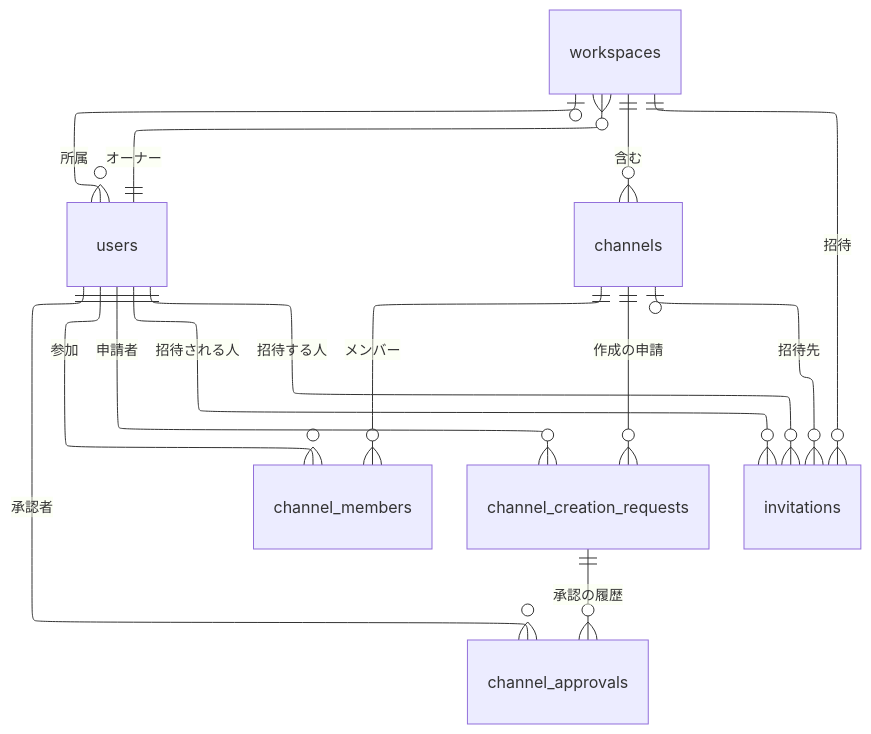
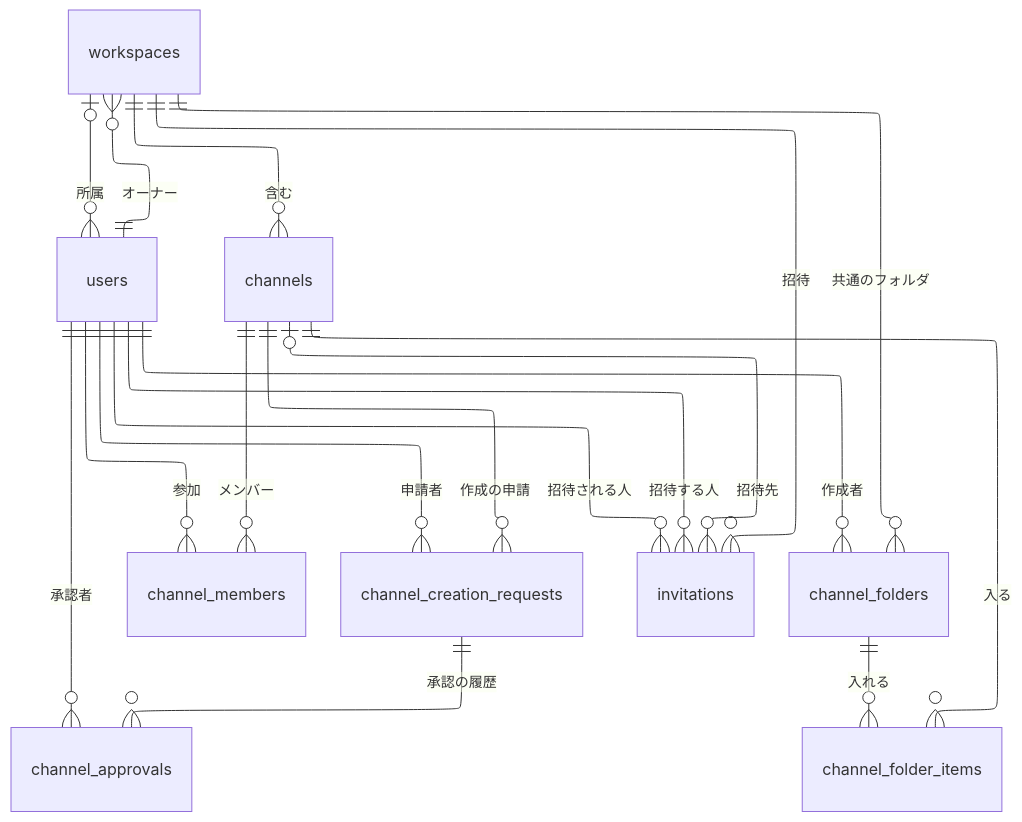
Before and after one commit to yamamotonaoki3/internal-system: the second of 8 diagrams in docs/requirements/data-model.md, drawn with Mermaid. The commit also changed other lines of this file and 9 other files, not shown here.

````diff
--- a/docs/requirements/data-model.md
+++ b/docs/requirements/data-model.md
@@ -49,20 +49,24 @@
 ```mermaid
 ---
 config:
   layout: elk
 ---
 erDiagram
     users ||--o{ workspaces : "オーナー"
     workspaces |o--o{ users : "所属"
     workspaces ||--o{ channels : "含む"
     channels ||--o{ channel_members : "メンバー"
     users ||--o{ channel_members : "参加"
     channels ||--o{ channel_creation_requests : "作成の申請"
     channel_creation_requests ||--o{ channel_approvals : "承認の履歴"
     users ||--o{ channel_creation_requests : "申請者"
     users ||--o{ channel_approvals : "承認者"
     workspaces ||--o{ invitations : "招待"
     channels |o--o{ invitations : "招待先"
     users ||--o{ invitations : "招待する人"
     users ||--o{ invitations : "招待される人"
+    workspaces ||--o{ channel_folders : "共通のフォルダ"
+    users ||--o{ channel_folders : "作成者"
+    channel_folders ||--o{ channel_folder_items : "入れる"
+    channels ||--o{ channel_folder_items : "入る"
 ```
````
